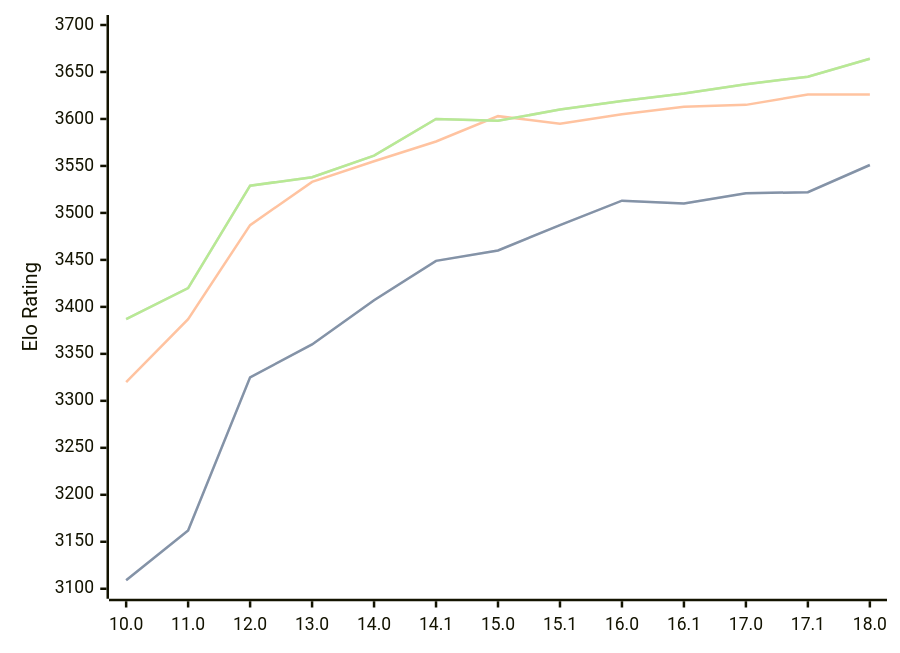
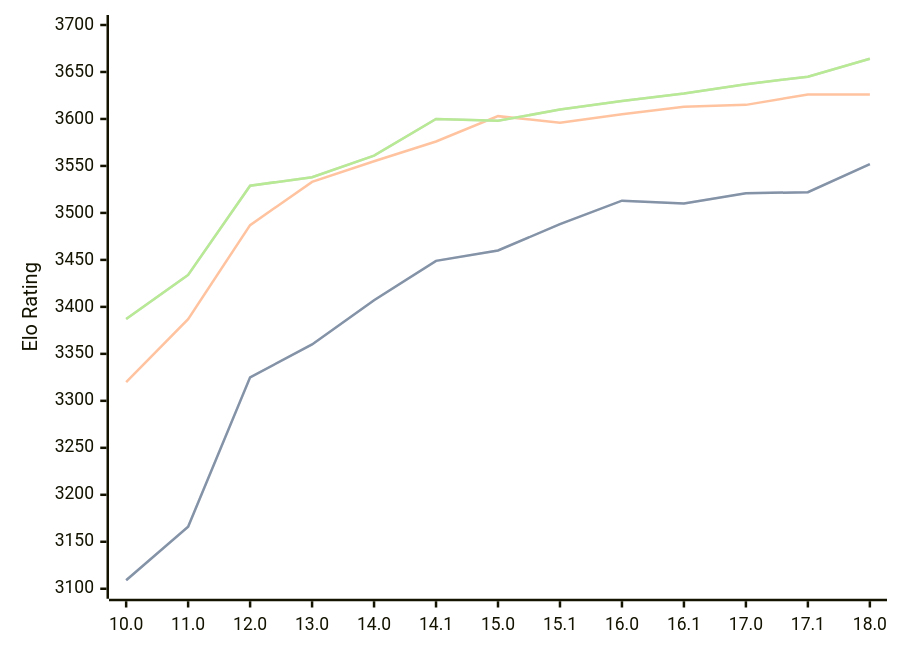
One commit to computer-chess-index/cci changed the diagram in engines/Stockfish.md. Above: the diagram before and after it, drawn with Mermaid. The commit also changed other lines of this file, not shown here.

Commit message:
Update CCI Ratings (ELO VLTC) - 2026-02-21

````diff
--- a/engines/Stockfish.md
+++ b/engines/Stockfish.md
@@ -42,11 +42,11 @@
 ```mermaid
 %%{init: {"theme":"base","themeVariables":{"seriesColors:['#a3a3a3','#222221','#faa371']}}}%%
 xychart-beta
   x-axis ["10.0", "11.0", "12.0", "13.0", "14.0", "14.1", "15.0", "15.1", "16.0", "16.1", "17.0", "17.1", "18.0"]
   y-axis "Elo Rating" 3100 --> 3700
-  line "STC (8.0+0.08s)" [3109, 3162, 3325, 3360, 3407, 3449, 3460, 3487, 3513, 3510, 3521, 3522, 3551]
-  line "STC (8.0+0.08s)" [3109, 3162, 3325, 3360, 3407, 3449, 3460, 3487, 3513, 3510, 3521, 3522, 3551]
-  line "LTC (60.0+0.60s)" [3320, 3387, 3487, 3533, 3555, 3576, 3603, 3595, 3605, 3613, 3615, 3626, 3626]
-  line "VLTC (2m24s+1.12s)" [3387, 3420, 3529, 3538, 3561, 3600, 3598, 3610, 3619, 3627, 3637, 3645, 3664]
-  line "VLTC (2m24s+1.12s)" [3387, 3420, 3529, 3538, 3561, 3600, 3598, 3610, 3619, 3627, 3637, 3645, 3664]
+  line "STC (8.0+0.08s)" [3109, 3166, 3325, 3360, 3407, 3449, 3460, 3488, 3513, 3510, 3521, 3522, 3552]
+  line "STC (8.0+0.08s)" [3109, 3166, 3325, 3360, 3407, 3449, 3460, 3488, 3513, 3510, 3521, 3522, 3552]
+  line "LTC (60.0+0.60s)" [3320, 3387, 3487, 3533, 3555, 3576, 3603, 3596, 3605, 3613, 3615, 3626, 3626]
+  line "VLTC (2m24s+1.12s)" [3387, 3434, 3529, 3538, 3561, 3600, 3598, 3610, 3619, 3627, 3637, 3645, 3664]
+  line "VLTC (2m24s+1.12s)" [3387, 3434, 3529, 3538, 3561, 3600, 3598, 3610, 3619, 3627, 3637, 3645, 3664]
 ```
````
